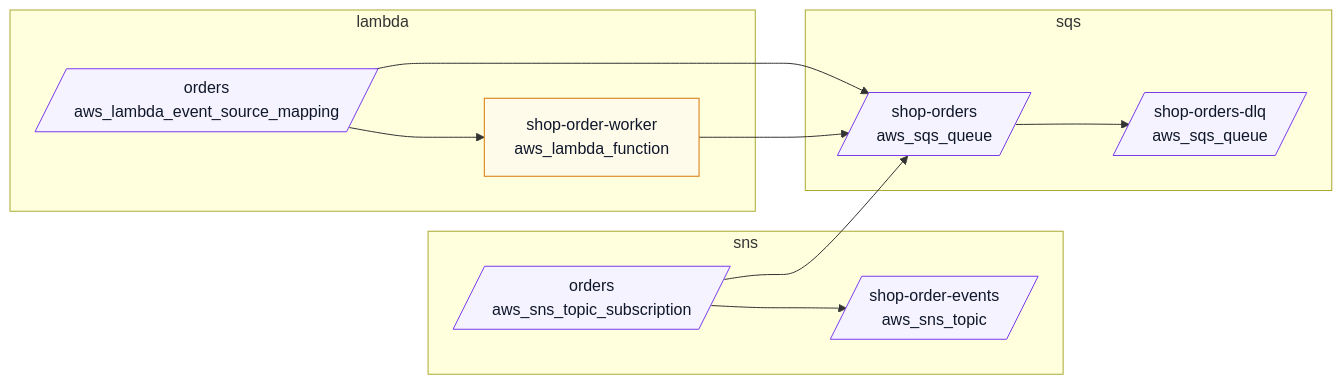
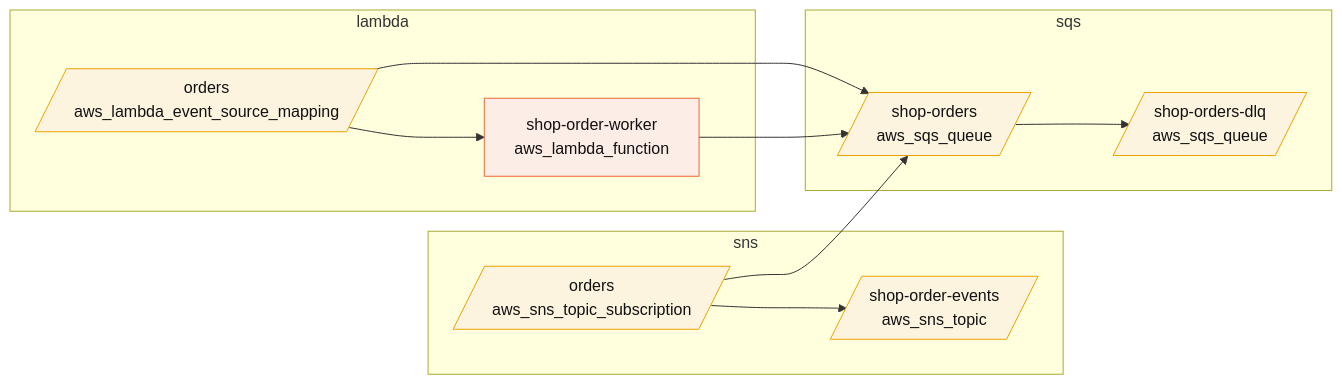
Before and after one commit to brignano/driftwood: the second of 2 diagrams in README.md, drawn with Mermaid. The commit also changed 18 other files, not shown here.

````diff
--- a/README.md
+++ b/README.md
@@ -151,29 +151,29 @@
 ```mermaid
 flowchart LR
     subgraph n_lambda["lambda"]
         n_aws_lambda_event_source_mapping_orders[/"orders<br/>aws_lambda_event_source_mapping"/]
         n_aws_lambda_function_order_worker["shop-order-worker<br/>aws_lambda_function"]
     end
     subgraph n_sns["sns"]
         n_aws_sns_topic_subscription_orders[/"orders<br/>aws_sns_topic_subscription"/]
         n_aws_sns_topic_order_events[/"shop-order-events<br/>aws_sns_topic"/]
     end
     subgraph n_sqs["sqs"]
         n_aws_sqs_queue_orders[/"shop-orders<br/>aws_sqs_queue"/]
         n_aws_sqs_queue_orders_dlq[/"shop-orders-dlq<br/>aws_sqs_queue"/]
     end
     n_aws_lambda_event_source_mapping_orders --> n_aws_lambda_function_order_worker
     n_aws_lambda_event_source_mapping_orders --> n_aws_sqs_queue_orders
     n_aws_lambda_function_order_worker --> n_aws_sqs_queue_orders
     n_aws_sns_topic_subscription_orders --> n_aws_sns_topic_order_events
     n_aws_sns_topic_subscription_orders --> n_aws_sqs_queue_orders
     n_aws_sqs_queue_orders --> n_aws_sqs_queue_orders_dlq
     class n_aws_lambda_event_source_mapping_orders f_messaging;
     class n_aws_lambda_function_order_worker f_compute;
     class n_aws_sns_topic_subscription_orders f_messaging;
     class n_aws_sns_topic_order_events f_messaging;
     class n_aws_sqs_queue_orders f_messaging;
     class n_aws_sqs_queue_orders_dlq f_messaging;
-    classDef f_compute fill:#fffbeb,stroke:#d97706,color:#0f172a;
-    classDef f_messaging fill:#f5f3ff,stroke:#7c3aed,color:#0f172a;
+    classDef f_compute fill:#fdede7,stroke:#eb6834,color:#111111;
+    classDef f_messaging fill:#fdf4e0,stroke:#eda100,color:#111111;
 ```
````
